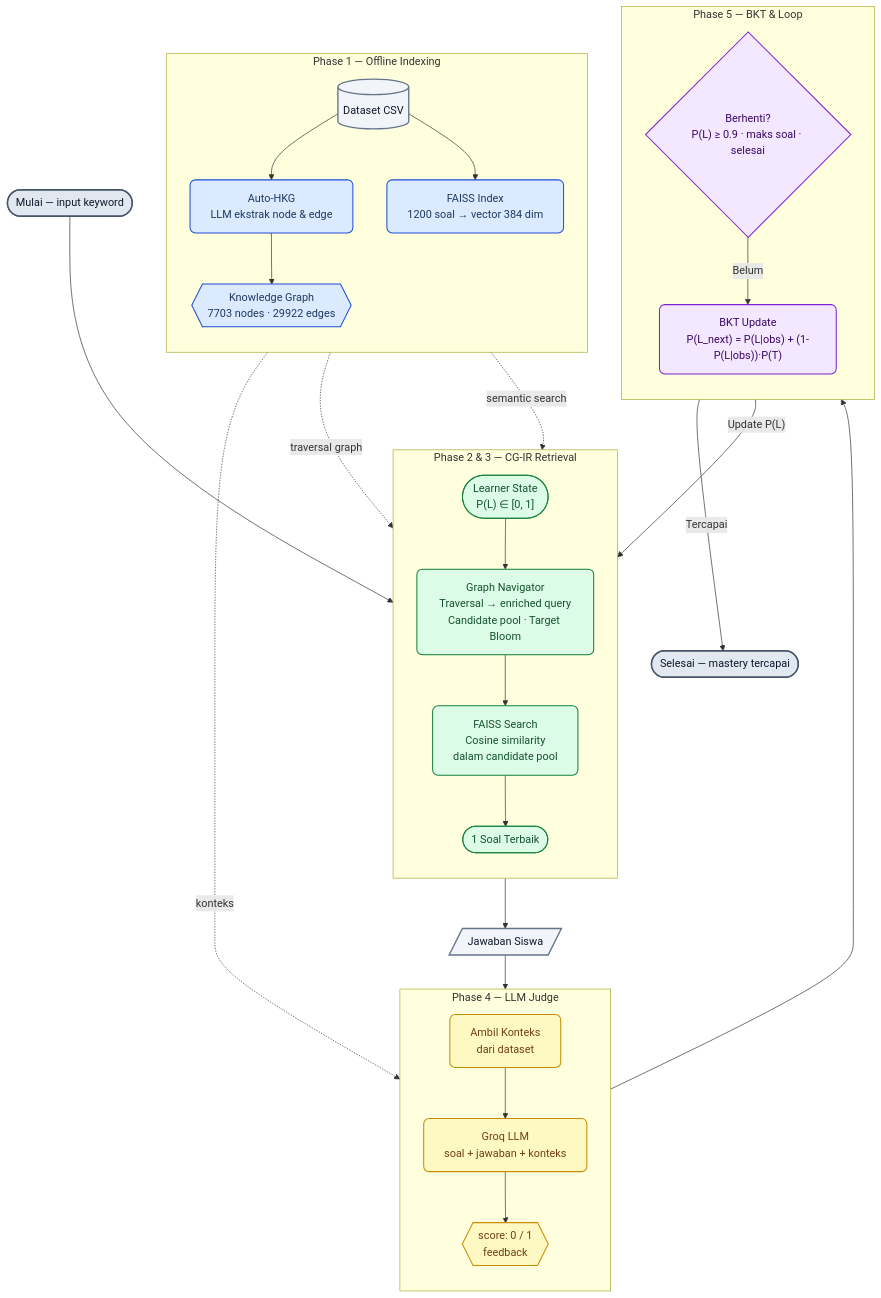
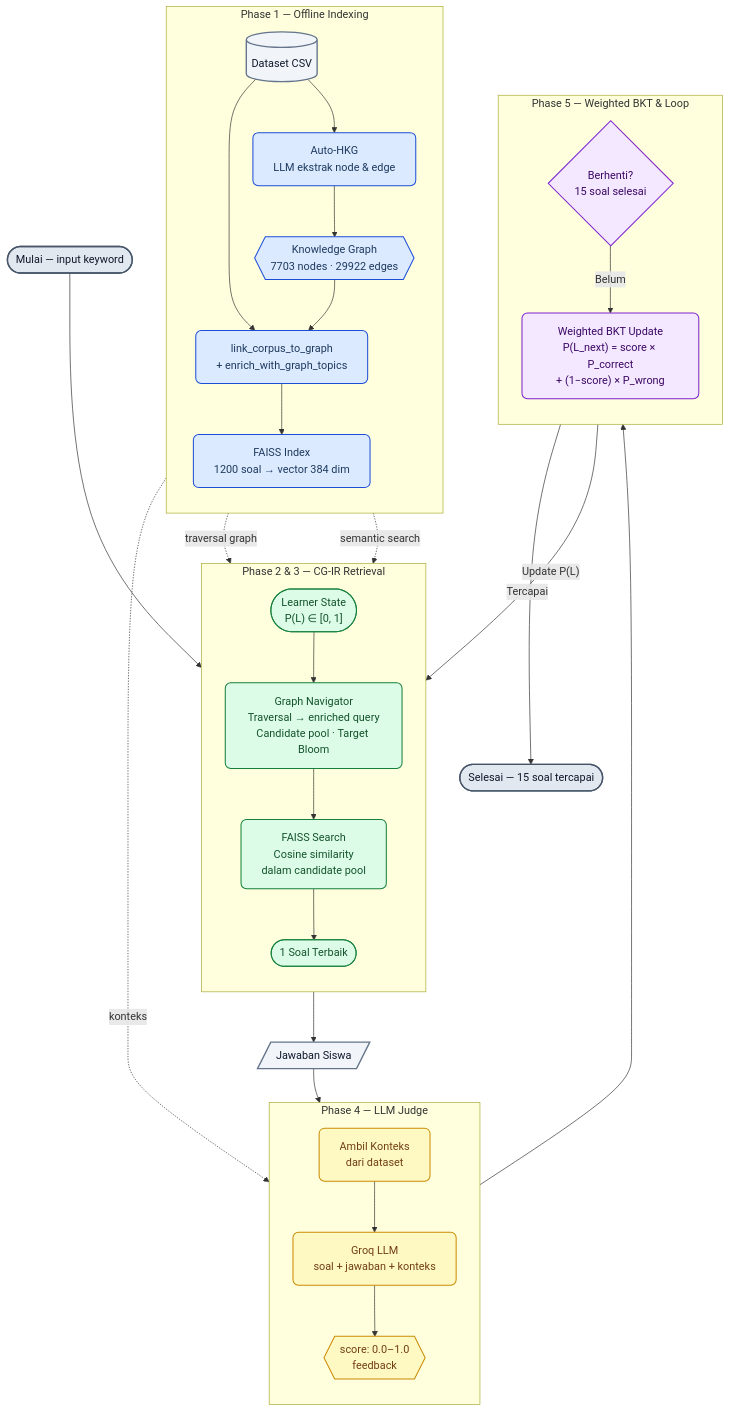
The diagram in README.md (Lifunn/Information-Retrieval), drawn with Mermaid before and after one commit. The commit also changed other lines of this file, not shown here.

````diff
--- a/README.md
+++ b/README.md
@@ -19,66 +20,69 @@
 ```mermaid
 flowchart TD
     classDef offline  fill:#DBEAFE,stroke:#1D4ED8,stroke-width:1.5px,color:#1e3a5f,rx:8
     classDef cgir     fill:#DCFCE7,stroke:#15803D,stroke-width:1.5px,color:#14532d,rx:8
     classDef judge    fill:#FEF9C3,stroke:#CA8A04,stroke-width:1.5px,color:#713f12,rx:8
     classDef state    fill:#F3E8FF,stroke:#7E22CE,stroke-width:1.5px,color:#3b0764,rx:8
     classDef io       fill:#F1F5F9,stroke:#64748B,stroke-width:2px,color:#0f172a,rx:8
     classDef terminal fill:#E2E8F0,stroke:#475569,stroke-width:2px,color:#0f172a
- 
+
     subgraph P1["Phase 1 — Offline Indexing"]
         direction TB
         DS[("Dataset CSV")]:::io
         HKG["Auto-HKG\nLLM ekstrak node & edge"]:::offline
         KG{{"Knowledge Graph\n7703 nodes · 29922 edges"}}:::offline
+        LINK["link_corpus_to_graph\n+ enrich_with_graph_topics"]:::offline
         IDX["FAISS Index\n1200 soal → vector 384 dim"]:::offline
- 
+
         DS --> HKG
         HKG --> KG
-        DS --> IDX
+        DS --> LINK
+        KG --> LINK
+        LINK --> IDX
     end
- 
+
     subgraph P23["Phase 2 & 3 — CG-IR Retrieval"]
         direction TB
         LS(["Learner State\nP(L) ∈ [0, 1]"]):::cgir
         QF["Graph Navigator\nTraversal → enriched query\nCandidate pool · Target Bloom"]:::cgir
         FM["FAISS Search\nCosine similarity\ndalam candidate pool"]:::cgir
         REC(["1 Soal Terbaik"]):::cgir
- 
+
         LS --> QF
         KG -. "traversal graph" .-> QF
         QF --> FM
         IDX -. "semantic search" .-> FM
         FM --> REC
     end
- 
+
     ANS[/"Jawaban Siswa"/]:::io
- 
+
     subgraph P4["Phase 4 — LLM Judge"]
         direction TB
         CTX["Ambil Konteks\ndari dataset"]:::judge
         LLM["Groq LLM\nsoal + jawaban + konteks"]:::judge
-        OUT{{"score: 0 / 1\nfeedback"}}:::judge
- 
+        OUT{{"score: 0.0–1.0\nfeedback"}}:::judge
+
         CTX --> LLM
         LLM --> OUT
     end
- 
+
     DS -. "konteks" .-> CTX
- 
-    subgraph P5["Phase 5 — BKT & Loop"]
+
+    subgraph P5["Phase 5 — Weighted BKT & Loop"]
         direction TB
-        CHK{"Berhenti?\nP(L) ≥ 0.9 · maks soal · selesai"}:::state
-        BKT["BKT Update\nP(L_next) = P(L|obs) + (1-P(L|obs))·P(T)"]:::state
+        CHK{"Berhenti?\n15 soal selesai"}:::state
+        BKT["Weighted BKT Update\nP(L_next) = score × P_correct\n+ (1−score) × P_wrong"]:::state
         CHK -->|"Belum"| BKT
     end
- 
+
     START(["Mulai — input keyword"]):::terminal
-    DONE(["Selesai — mastery tercapai"]):::terminal
- 
+    DONE(["Selesai — 15 soal tercapai"]):::terminal
+
     START --> LS
     REC   --> ANS
     ANS   --> CTX
     OUT   --> CHK
     BKT   -->|"Update P(L)"| LS
     CHK   -->|"Tercapai"| DONE
 ```
````
